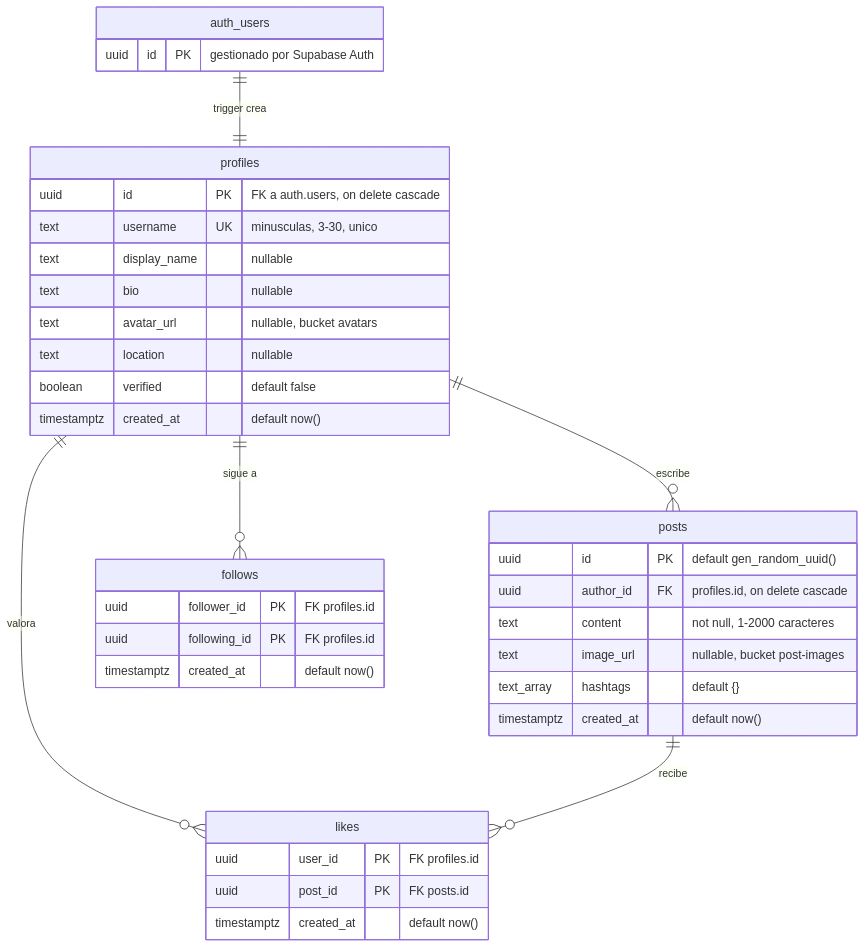
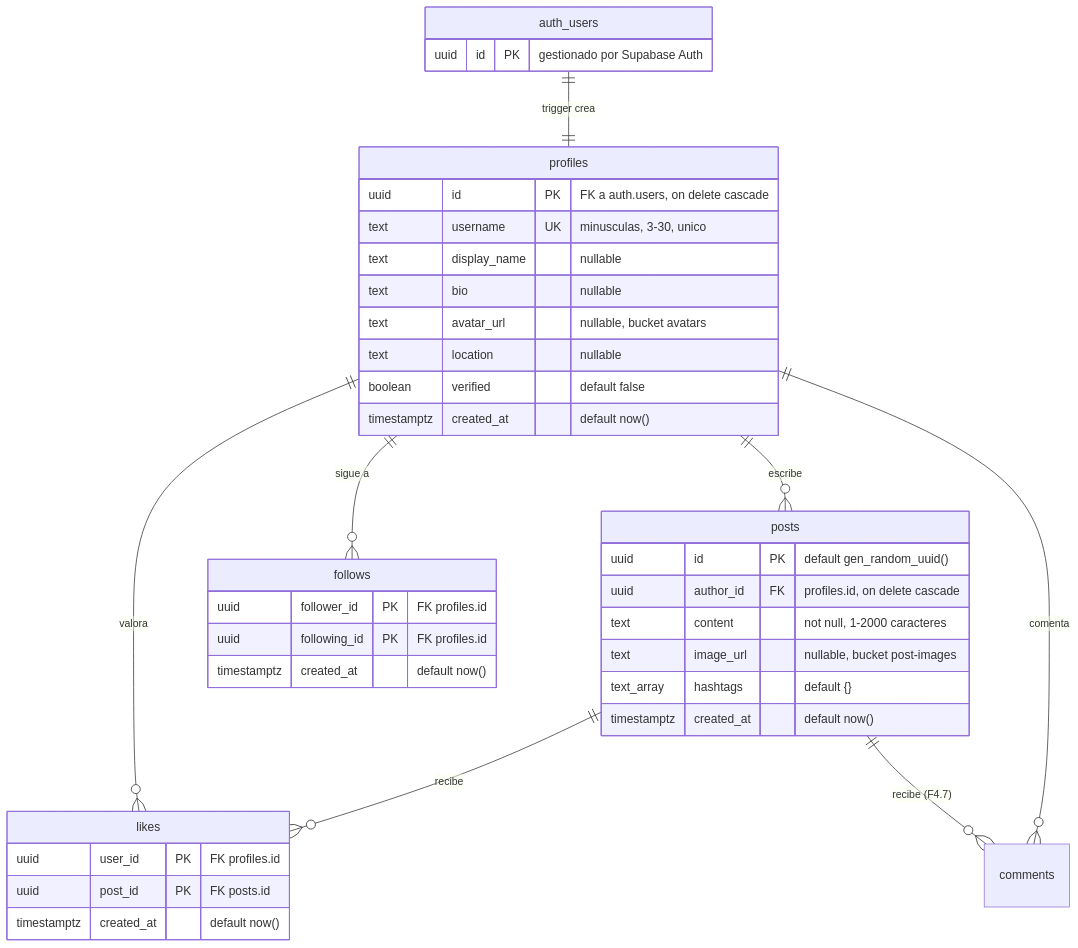
One commit to ExpeAvomo15/oveng-envhealth changed the first of 2 diagrams in docs/03_MODELO_DATOS.md. Above: the diagram before and after it, drawn with Mermaid. The commit also changed other lines of this file and 132 other files, not shown here.

````diff
--- a/docs/03_MODELO_DATOS.md
+++ b/docs/03_MODELO_DATOS.md
@@ -14,44 +14,46 @@
 ```mermaid
 erDiagram
     auth_users ||--|| profiles : "trigger crea"
     profiles   ||--o{ posts    : escribe
     profiles   ||--o{ follows  : "sigue a"
     profiles   ||--o{ likes    : valora
     posts      ||--o{ likes    : "recibe"
+    posts      ||--o{ comments : "recibe (F4.7)"
+    profiles   ||--o{ comments : comenta
 
     auth_users {
         uuid id PK "gestionado por Supabase Auth"
     }
 
     profiles {
         uuid id PK "FK a auth.users, on delete cascade"
         text username UK "minusculas, 3-30, unico"
         text display_name "nullable"
         text bio "nullable"
         text avatar_url "nullable, bucket avatars"
         text location "nullable"
         boolean verified "default false"
         timestamptz created_at "default now()"
     }
 
     posts {
         uuid id PK "default gen_random_uuid()"
         uuid author_id FK "profiles.id, on delete cascade"
         text content "not null, 1-2000 caracteres"
         text image_url "nullable, bucket post-images"
         text_array hashtags "default {}"
         timestamptz created_at "default now()"
     }
 
     follows {
         uuid follower_id PK "FK profiles.id"
         uuid following_id PK "FK profiles.id"
         timestamptz created_at "default now()"
     }
 
     likes {
         uuid user_id PK "FK profiles.id"
         uuid post_id PK "FK posts.id"
         timestamptz created_at "default now()"
     }
 ```
````
